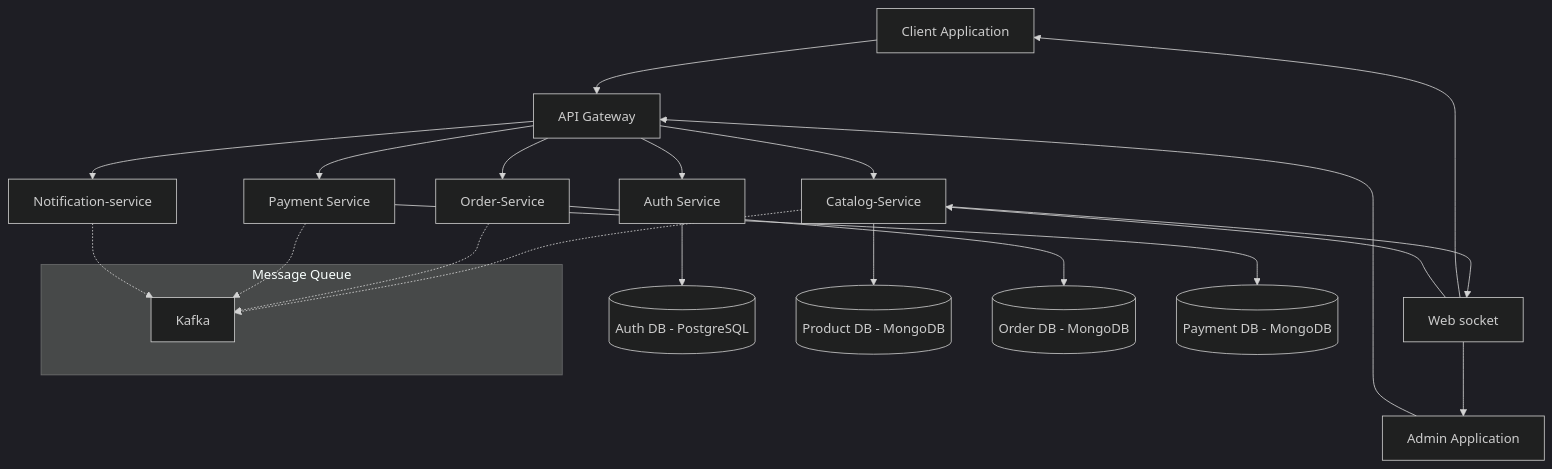
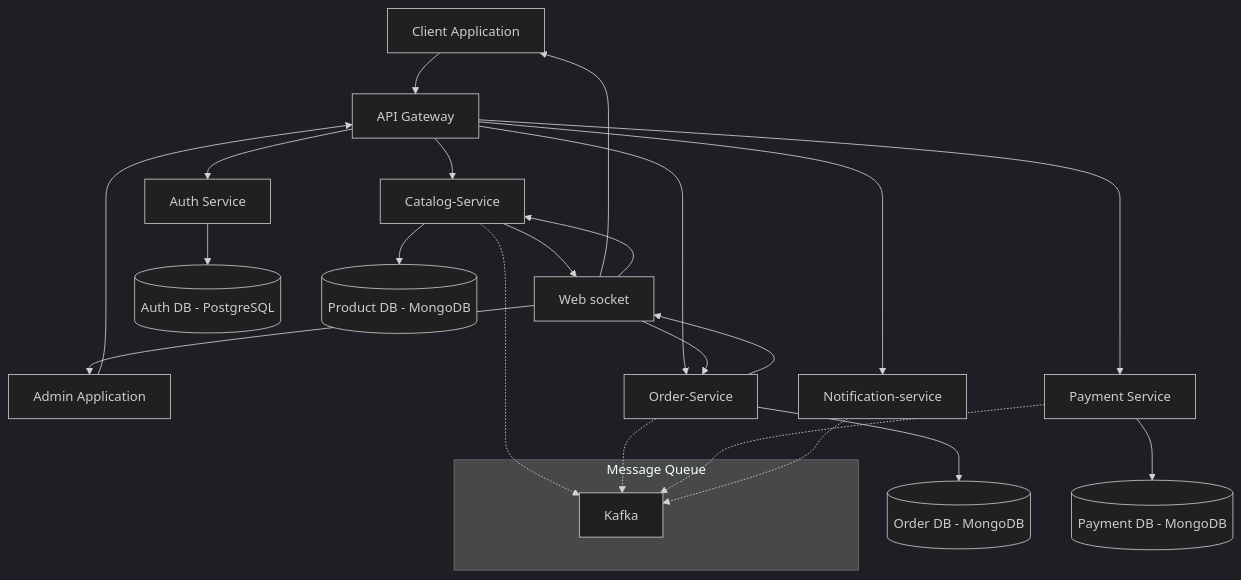
One commit to jabinv13/CrunchCab_Microservice changed the diagram in README.md. Above: the diagram before and after it, drawn with Mermaid (dark theme).

````diff
--- a/README.md
+++ b/README.md
@@ -44,28 +44,30 @@
 ```mermaid
 graph TD
     Client[Client Application] --> Gateway[API Gateway]
     AdminUI[Admin Application] --> Gateway[API Gateway]
     Gateway --> Auth[Auth Service]
     Gateway --> Products[Catalog-Service]
     Gateway --> Orders[Order-Service]
     Gateway --> Payments[Payment Service]
     Gateway --> Notification[Notification-service]
     WenSocket[Web socket] --> Client[Client Application]
     WenSocket[Web socket] --> AdminUI[Admin Application]
     WenSocket[Web socket] --> Products[Catalog-Service]
-    Products[Catalog-Service] --> WenSocket[Web socket] 
+    Products[Catalog-Service] --> WenSocket[Web socket]
+    WenSocket[Web socket] -->  Orders[Order-Service]
+     Orders[Order-Service] --> WenSocket[Web socket] 
     Auth --> AuthDB[(Auth DB - PostgreSQL)]
     Products --> ProductDB[(Product DB - MongoDB)]
     Orders --> OrderDB[(Order DB - MongoDB)]
     Payments --> PaymentDB[(Payment DB - MongoDB)]
     
     subgraph Message Queue
         Kafka
     end
     
     
     Products -.-> Kafka
     Orders -.-> Kafka
     Payments -.-> Kafka
     Notification -.-> Kafka
 ```
````
